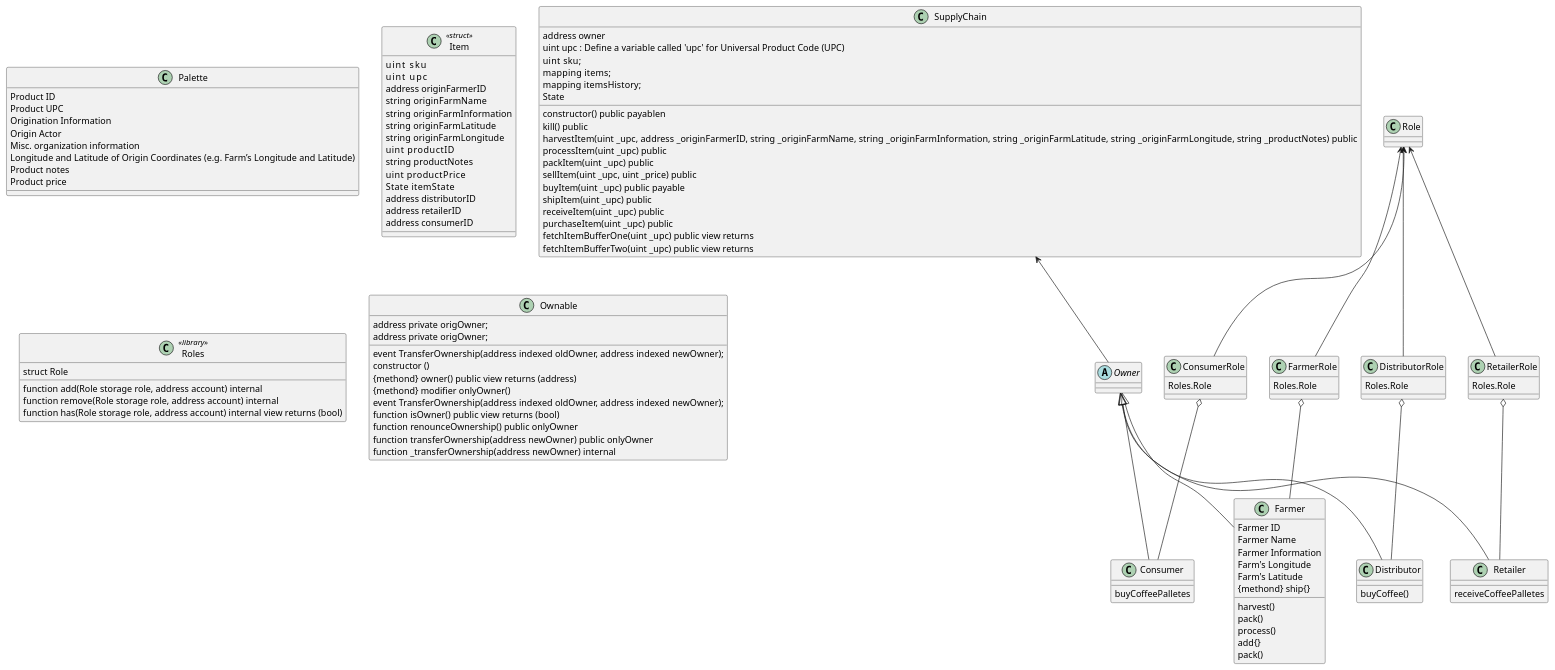
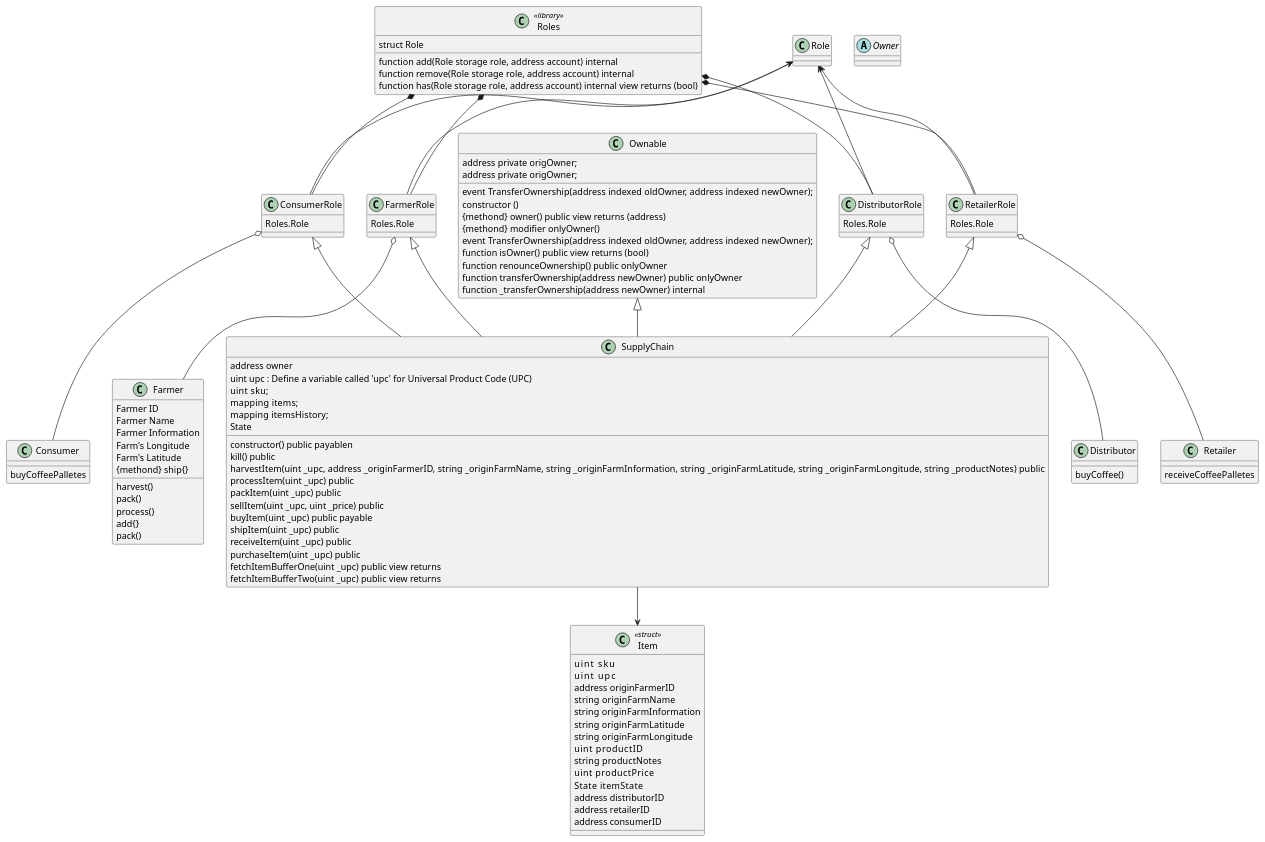
One commit to HajimeK/BlockchainDevND changed the fourth of 6 diagrams in projects/project_6_Supply_Chain/Report.md. Above: the diagram before and after it, drawn with PlantUML. The commit also changed other lines of this file and 6 other files, not shown here.

````diff
--- a/projects/project_6_Supply_Chain/Report.md
+++ b/projects/project_6_Supply_Chain/Report.md
@@ -118,17 +120,6 @@
     {method}purchaseItem(uint _upc) public
     {method}fetchItemBufferOne(uint _upc) public view returns
     {method}fetchItemBufferTwo(uint _upc) public view returns
-}
-
-Class Palette {
-    {field}Product ID
-    {field}Product UPC
-    {field}Origination Information
-    {field}Origin Actor 
-    {field}Misc. organization information
-    {field}Longitude and Latitude of Origin Coordinates (e.g. Farm’s Longitude and Latitude)
-    {field}Product notes
-    {field}Product price
 }
 
 Class Item <<struct>> {
@@ -179,11 +170,26 @@
     {method} buyCoffeePalletes
 }
 
-SupplyChain <-down- Owner
-Owner <|-- Farmer
-Owner <|-- Distributor
-Owner <|-- Retailer
-Owner <|-- Consumer
+
+Class Ownable {
+    {field}  address private origOwner;
+    {method} event TransferOwnership(address indexed oldOwner, address indexed newOwner);
+    {method} constructor ()
+    {methond} owner() public view returns (address)
+    {methond} modifier onlyOwner()
+    {field}address private origOwner;
+    {method} event TransferOwnership(address indexed oldOwner, address indexed newOwner);
+    {method} function isOwner() public view returns (bool)
+    {method} function renounceOwnership() public onlyOwner 
+    {method} function transferOwnership(address newOwner) public onlyOwner
+    {method} function _transferOwnership(address newOwner) internal
+}
+
+FarmerRole <|-- SupplyChain
+DistributorRole <|-- SupplyChain
+RetailerRole <|-- SupplyChain
+ConsumerRole <|-- SupplyChain
+Ownable <|-down- SupplyChain
 
 Class Roles <<library>> {
   {field} struct Role
@@ -215,17 +221,11 @@
 RetailerRole o-- Retailer
 ConsumerRole o-- Consumer
 
-Class Ownable {
-    {field}  address private origOwner;
-    {method} event TransferOwnership(address indexed oldOwner, address indexed newOwner);
-    {method} constructor ()
-    {methond} owner() public view returns (address)
-    {methond} modifier onlyOwner()
-    {field}address private origOwner;
-    {method} event TransferOwnership(address indexed oldOwner, address indexed newOwner);
-    {method} function isOwner() public view returns (bool)
-    {method} function renounceOwnership() public onlyOwner 
-    {method} function transferOwnership(address newOwner) public onlyOwner
-    {method} function _transferOwnership(address newOwner) internal
-}
+Roles *-- FarmerRole
+Roles *-- DistributorRole
+Roles *-- RetailerRole
+Roles *-- ConsumerRole
+
+SupplyChain -down-> Item
+
 ```
````
